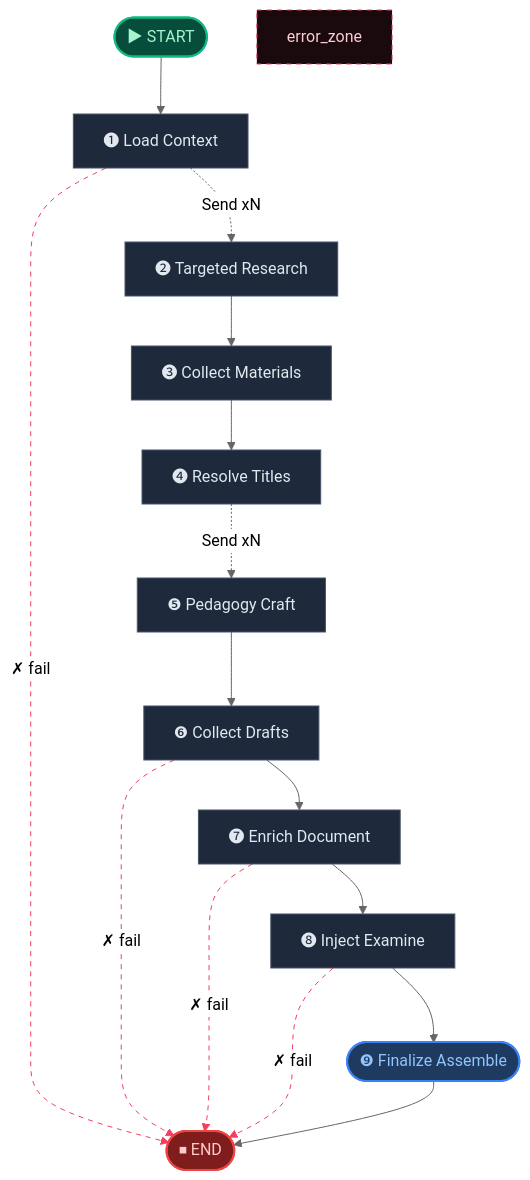
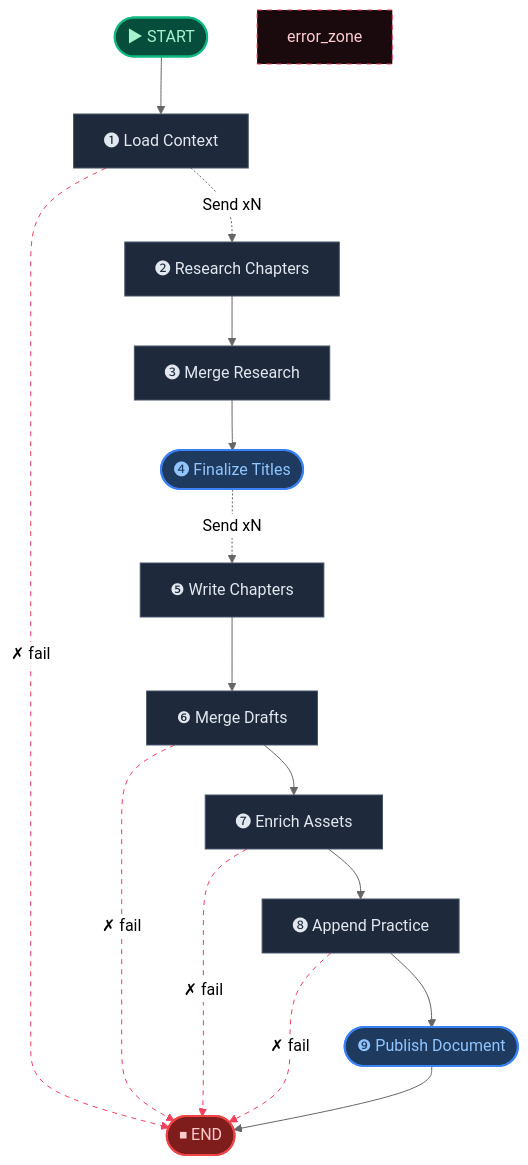
One commit to aiteachme/AITeachMe changed the second of 3 diagrams in backend/scripts/.generated_workflow_diagrams/digest.md. Above: the diagram before and after it, drawn with Mermaid (neutral theme). The commit also changed other lines of this file and 33 other files, not shown here.

````diff
--- a/backend/scripts/.generated_workflow_diagrams/digest.md
+++ b/backend/scripts/.generated_workflow_diagrams/digest.md
@@ -62,41 +73,42 @@
 ```mermaid
 flowchart TD
     __start__(["▶ START"])
     load_context["❶ Load Context"]
-    targeted_research["❷ Targeted Research"]
-    collect_materials["❸ Collect Materials"]
-    resolve_titles["❹ Resolve Titles"]
-    pedagogy_craft["❺ Pedagogy Craft"]
-    collect_drafts["❻ Collect Drafts"]
-    enrich_document["❼ Enrich Document"]
-    inject_examine["❽ Inject Examine"]
-    finalize_assemble(["❾ Finalize Assemble"])
+    research_chapters["❷ Research Chapters"]
+    merge_research["❸ Merge Research"]
+    finalize_titles(["❹ Finalize Titles"])
+    write_chapters["❺ Write Chapters"]
+    merge_drafts["❻ Merge Drafts"]
+    enrich_assets["❼ Enrich Assets"]
+    append_practice["❽ Append Practice"]
+    publish_document(["❾ Publish Document"])
     __end__(["⏹ END"])
 
     __start__ --> load_context
-    collect_drafts -. "✗ fail" .-> __end__
-    collect_drafts --> enrich_document
-    collect_materials --> resolve_titles
-    enrich_document -. "✗ fail" .-> __end__
-    enrich_document --> inject_examine
-    inject_examine -. "✗ fail" .-> __end__
-    inject_examine --> finalize_assemble
+    append_practice -. "✗ fail" .-> __end__
+    append_practice --> publish_document
+    enrich_assets -. "✗ fail" .-> __end__
+    enrich_assets --> append_practice
+    finalize_titles -. "Send xN" .-> write_chapters
     load_context -. "✗ fail" .-> __end__
-    load_context -. "Send xN" .-> targeted_research
-    pedagogy_craft --> collect_drafts
-    resolve_titles -. "Send xN" .-> pedagogy_craft
-    targeted_research --> collect_materials
-    finalize_assemble --> __end__
+    load_context -. "Send xN" .-> research_chapters
+    merge_drafts -. "✗ fail" .-> __end__
+    merge_drafts --> enrich_assets
+    merge_research --> finalize_titles
+    research_chapters --> merge_research
+    write_chapters --> merge_drafts
+    publish_document --> __end__
 
     %% ── Styling ──
     classDef startCls fill:#064e3b,stroke:#10b981,stroke-width:2px,color:#a7f3d0
     classDef endCls fill:#7f1d1d,stroke:#ef4444,stroke-width:2px,color:#fecaca
     classDef failCls fill:#4c0519,stroke:#f43f5e,stroke-width:2px,color:#fecdd3
     classDef termCls fill:#1e3a5f,stroke:#3b82f6,stroke-width:2px,color:#93c5fd
     classDef default fill:#1e293b,stroke:#475569,stroke-width:1px,color:#e2e8f0
     style error_zone fill:#1a0a0e,stroke:#f43f5e,stroke-width:1px,color:#fecdd3,stroke-dasharray:5
     class __start__ startCls
-    class finalize_assemble termCls
+    class finalize_titles termCls
+    class publish_document termCls
     class __end__ endCls
-    linkStyle 1,4,6,8 stroke:#f43f5e,stroke-dasharray:5
+    linkStyle 1,3,6,8 stroke:#f43f5e,stroke-dasharray:5
 ```
````
